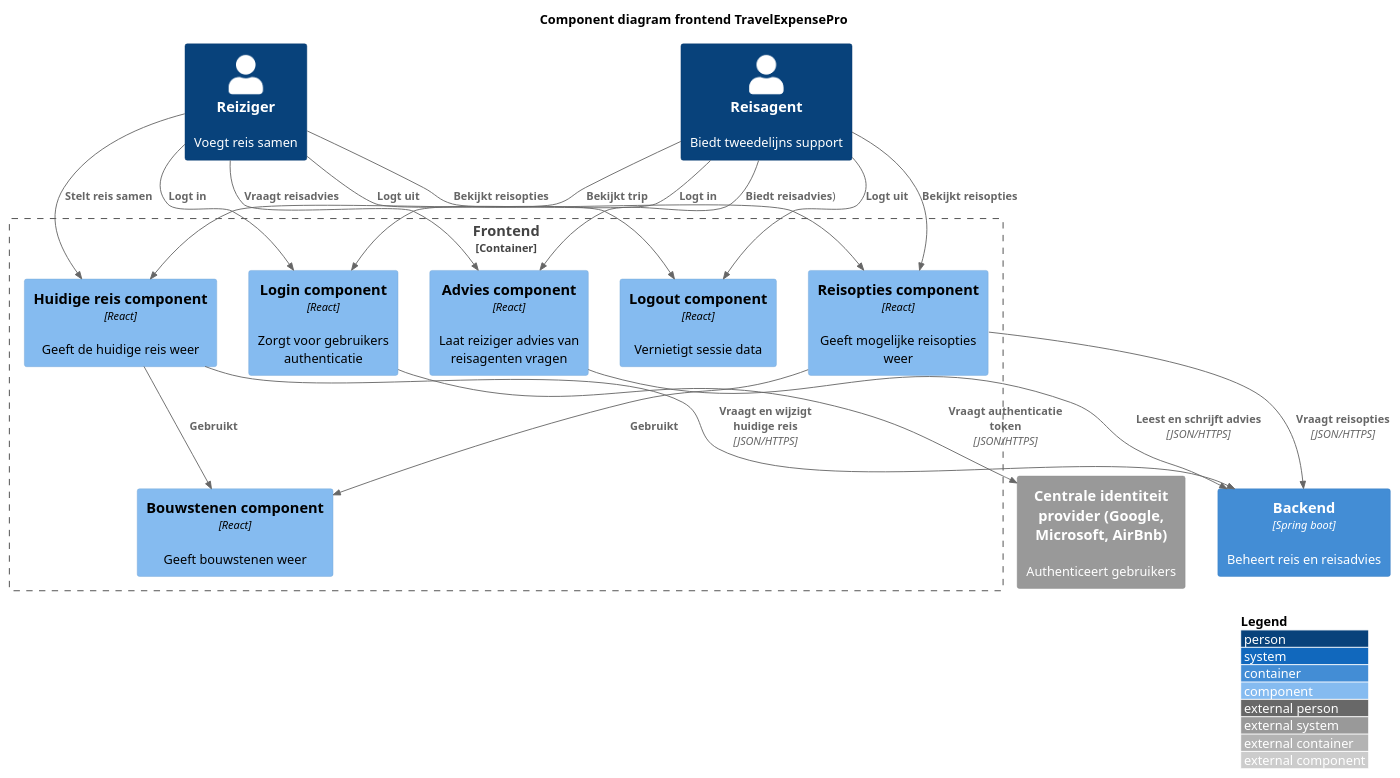
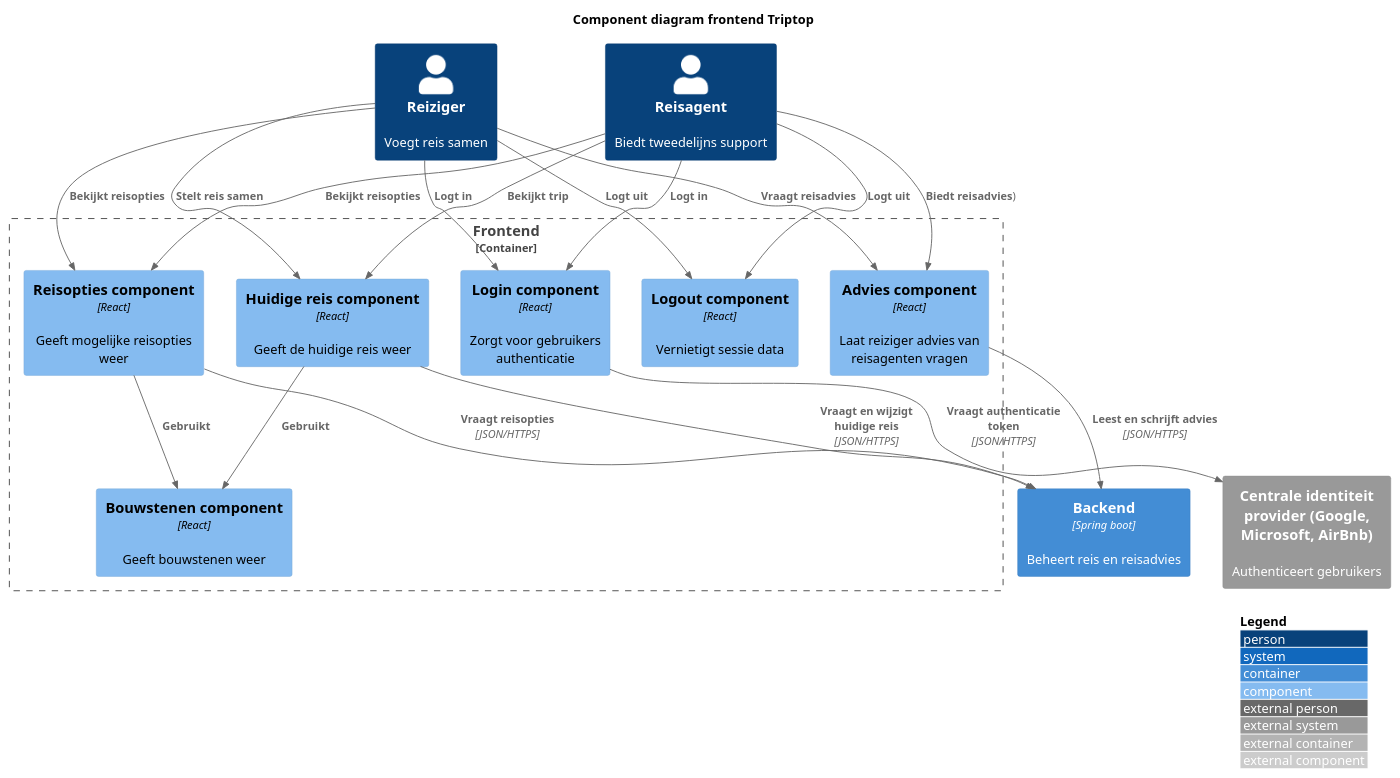
The diagram in c4 component diagram frontend.puml (AIM-ENE-feb25/triptop-groep-tweeeeeeeeeeeeeeeeeeeeee), drawn with PlantUML before and after one commit. The commit also changed 16 other files, not shown here.

```diff
--- a/c4 component diagram frontend.puml
+++ b/c4 component diagram frontend.puml
@@ -1,44 +1,44 @@
 @startuml
 !include https://raw.githubusercontent.com/plantuml-stdlib/C4-PlantUML/master/C4_Component.puml
 
-title Component diagram frontend TravelExpensePro
+title Component diagram frontend Triptop
 
 Person(reisagent, "Reisagent", "Biedt tweedelijns support")
 Person(reiziger, "Reiziger", "Voegt reis samen")
 
 Container_Boundary(frontend, "Frontend") {
     Component(loginComponent, "Login component", "React", "Zorgt voor gebruikers authenticatie")
     Component(logoutComponent, "Logout component", "React", "Vernietigt sessie data")
     Component(adviesComponent, "Advies component", "React", "Laat reiziger advies van reisagenten vragen")
     Component(huidigeReisComponent, "Huidige reis component", "React", "Geeft de huidige reis weer")
     Component(reisoptiesComponent, "Reisopties component", "React", "Geeft mogelijke reisopties weer")
     Component(bouwstenenComponent, "Bouwstenen component", "React", "Geeft bouwstenen weer")
 }
 
-Rel_D(huidigeReisComponent, bouwstenenComponent, "Gebruikt")
-Rel_D(reisoptiesComponent, bouwstenenComponent, "Gebruikt")
+Rel(huidigeReisComponent, bouwstenenComponent, "Gebruikt")
+Rel(reisoptiesComponent, bouwstenenComponent, "Gebruikt")
 
 Container(backend, "Backend", "Spring boot", "Beheert reis en reisadvies")
 
 System_Ext(centraleIdentiteitProvider, "Centrale identiteit provider (Google, Microsoft, AirBnb)", "Authenticeert gebruikers")
 
 Rel_D(reiziger, loginComponent, "Logt in")
 Rel_D(reisagent, loginComponent, "Logt in")
 
 Rel_D(reiziger, logoutComponent, "Logt uit")
 Rel_D(reisagent, logoutComponent, "Logt uit")
 Rel_D(reiziger, adviesComponent, "Vraagt reisadvies")
 Rel_D(reisagent, adviesComponent, "Biedt reisadvies"))
 Rel_D(reiziger, huidigeReisComponent, "Stelt reis samen")
 Rel_D(reisagent, huidigeReisComponent, "Bekijkt trip")
 Rel_D(reiziger, reisoptiesComponent, "Bekijkt reisopties")
 Rel_D(reisagent, reisoptiesComponent, "Bekijkt reisopties")
 
 Rel_D(loginComponent, centraleIdentiteitProvider, "Vraagt authenticatie token", "JSON/HTTPS")
 Rel_D(adviesComponent, backend, "Leest en schrijft advies", "JSON/HTTPS")
-Rel_D(huidigeReisComponent, backend, "Vraagt en wijzigt huidige reis", "JSON/HTTPS")
-Rel_D(reisoptiesComponent, backend, "Vraagt reisopties", "JSON/HTTPS")
+Rel_R(huidigeReisComponent, backend, "Vraagt en wijzigt huidige reis", "JSON/HTTPS")
+Rel_R(reisoptiesComponent, backend, "Vraagt reisopties", "JSON/HTTPS")
 
 LAYOUT_WITH_LEGEND()
 
 @enduml
```
